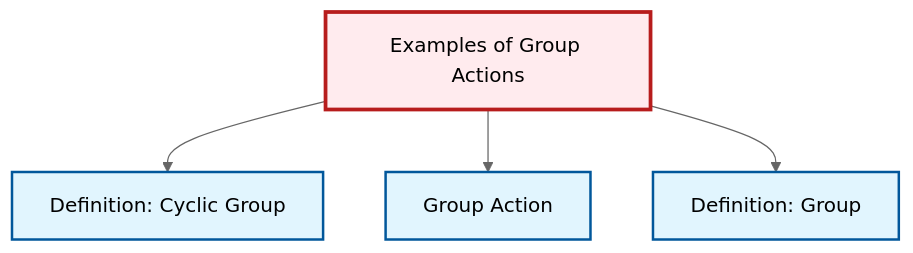
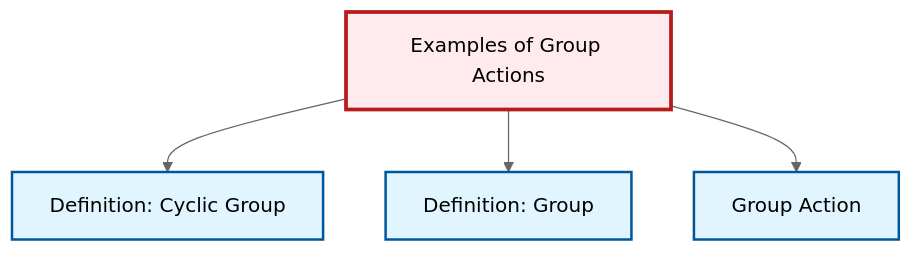
The diagram in content/ja/algebra/ex-group-action-examples.qmd (RK0429/ModernMath), drawn with Mermaid (neutral theme) before and after one commit. The commit also changed other lines of this file and 491 other files, not shown here.

````diff
--- a/content/ja/algebra/ex-group-action-examples.qmd
+++ b/content/ja/algebra/ex-group-action-examples.qmd
@@ -74,20 +74,20 @@
 ```{mermaid}
 %%| fig-cap: "Local dependency graph"
 graph TD
     classDef definition fill:#e1f5fe,stroke:#01579b,stroke-width:2px
     classDef theorem fill:#f3e5f5,stroke:#4a148c,stroke-width:2px
     classDef axiom fill:#fff3e0,stroke:#e65100,stroke-width:2px
     classDef example fill:#e8f5e9,stroke:#1b5e20,stroke-width:2px
     classDef current fill:#ffebee,stroke:#b71c1c,stroke-width:3px
+    def-group-action["Group Action"]:::definition
+    ex-group-action-examples["Examples of Group Actions"]:::example
     def-group["Definition: Group"]:::definition
-    ex-group-action-examples["Examples of Group Actions"]:::example
     def-cyclic-group["Definition: Cyclic Group"]:::definition
-    def-group-action["Group Action"]:::definition
     ex-group-action-examples --> def-cyclic-group
+    ex-group-action-examples --> def-group
     ex-group-action-examples --> def-group-action
-    ex-group-action-examples --> def-group
     class ex-group-action-examples current
+    click def-group-action "def-group-action.html" "Group Actionへ"
     click def-group "def-group.html" "Definition: Groupへ"
     click def-cyclic-group "def-cyclic-group.html" "Definition: Cyclic Groupへ"
-    click def-group-action "def-group-action.html" "Group Actionへ"
 ```
````
